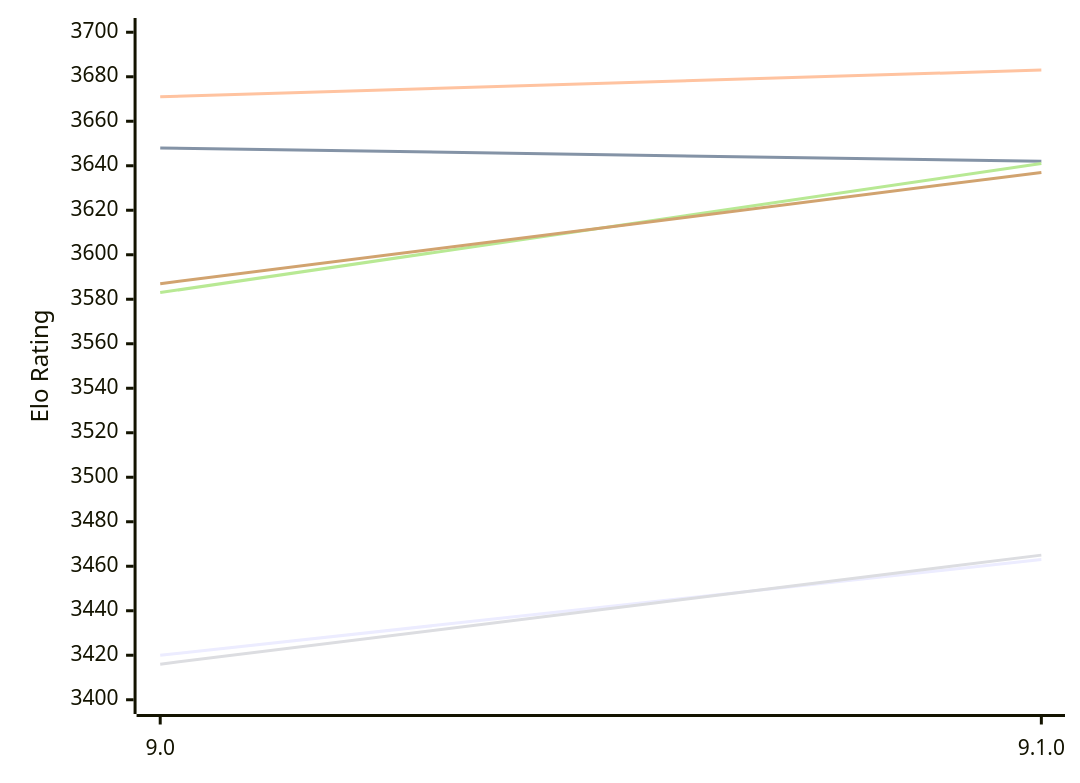
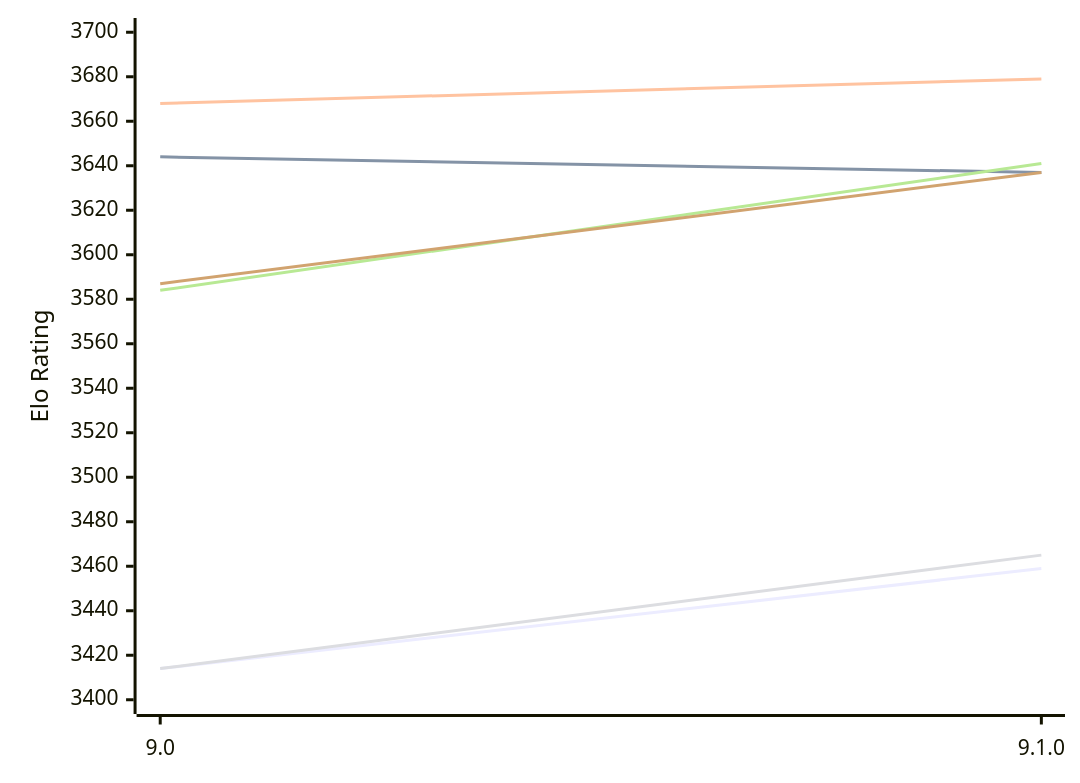
Before and after one commit to computer-chess-index/cci: the first of 2 diagrams in engines/Alexandria.md, drawn with Mermaid. The commit also changed other lines of this file, not shown here.

Commit message:
Update CCI Ratings (ELO VLTC) - 2026-11-26

````diff
--- a/engines/Alexandria.md
+++ b/engines/Alexandria.md
@@ -54,12 +54,12 @@
 ```mermaid
 %%{init: {"theme":"base","themeVariables":{"seriesColors:['#a3a3a3','#222221','#faa371']}}}%%
 xychart-beta
   x-axis ["9.0", "9.1.0"]
   y-axis "Elo Rating" 3400 --> 3700
-  line "E1: STC (8.0+0.08s)" [3420, 3463]
-  line "E1: LTC (60.0+0.60s)" [3648, 3642]
-  line "E1: VLTC (2m24s+1.12s)" [3671, 3683]
-  line "P1: STC (8.0+0.08s)" [3416, 3465]
-  line "P1: LTC (60.0+0.60s)" [3583, 3641]
+  line "E1: STC (8.0+0.08s)" [3414, 3459]
+  line "E1: LTC (60.0+0.60s)" [3644, 3637]
+  line "E1: VLTC (2m24s+1.12s)" [3668, 3679]
+  line "P1: STC (8.0+0.08s)" [3414, 3465]
+  line "P1: LTC (60.0+0.60s)" [3584, 3641]
   line "P1: VLTC (2m24s+1.12s)" [3587, 3637]
 ```
````
